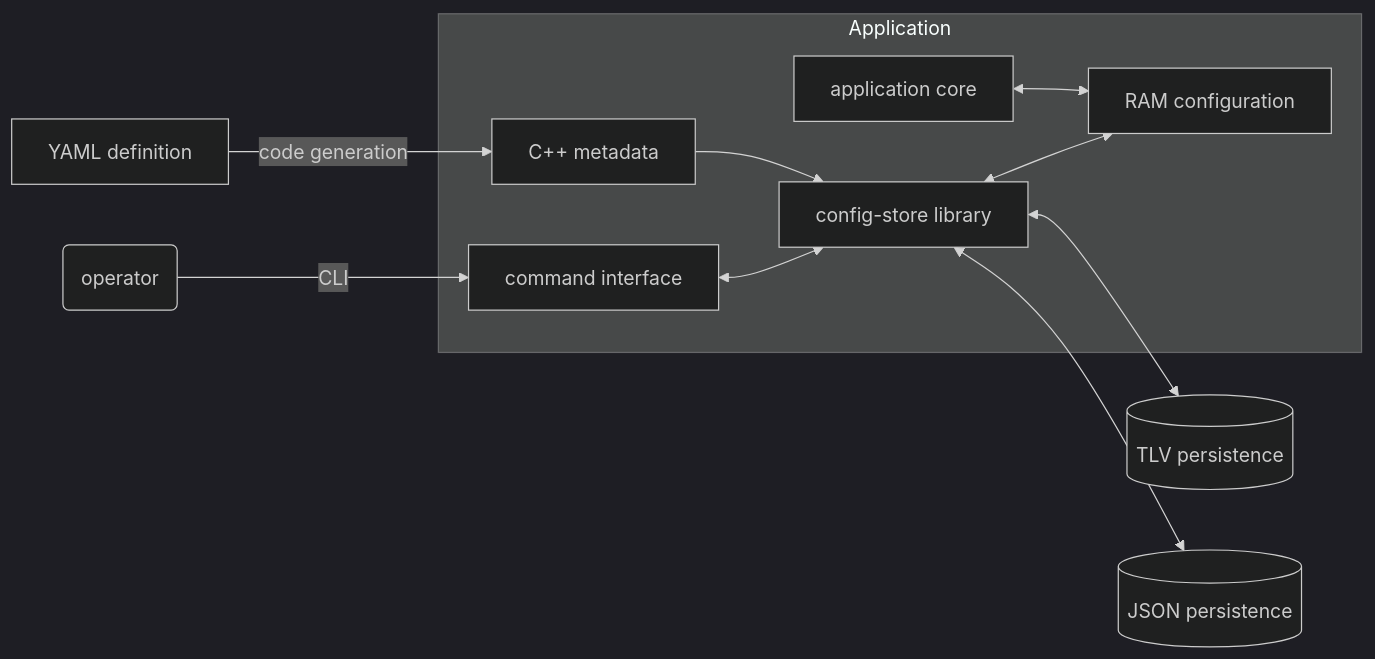
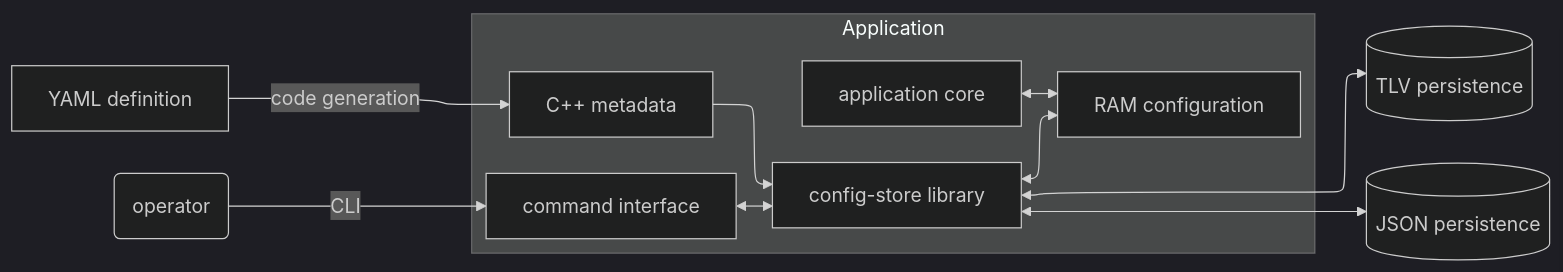
Before and after one commit to ferdi-pienaar/config_store: the first of 2 diagrams in README.md, drawn with Mermaid (dark theme). The commit also changed other lines of this file and 8 other files, not shown here.

````diff
--- a/README.md
+++ b/README.md
@@ -7,18 +7,25 @@
 ```mermaid
+---
+config:
+  layout: elk
+  class:
+    hideEmptyMembersBox: true
+---
+
 flowchart LR
     subgraph Application
         APP-CMD[command interface]
         APP-CORE[application core]
         META[C++ metadata]
         CFG[config-store library]
         RAM[RAM configuration]
         APP-CORE <--> RAM
         CFG <--> RAM
         META --> CFG
         APP-CMD <--> CFG
     end
     YAML[YAML definition] -- code generation --> META
     OP(operator) -- CLI --> APP-CMD
     CFG <--> TLV[(TLV persistence)]
     CFG <--> JSON[(JSON persistence)]
 ```
````
